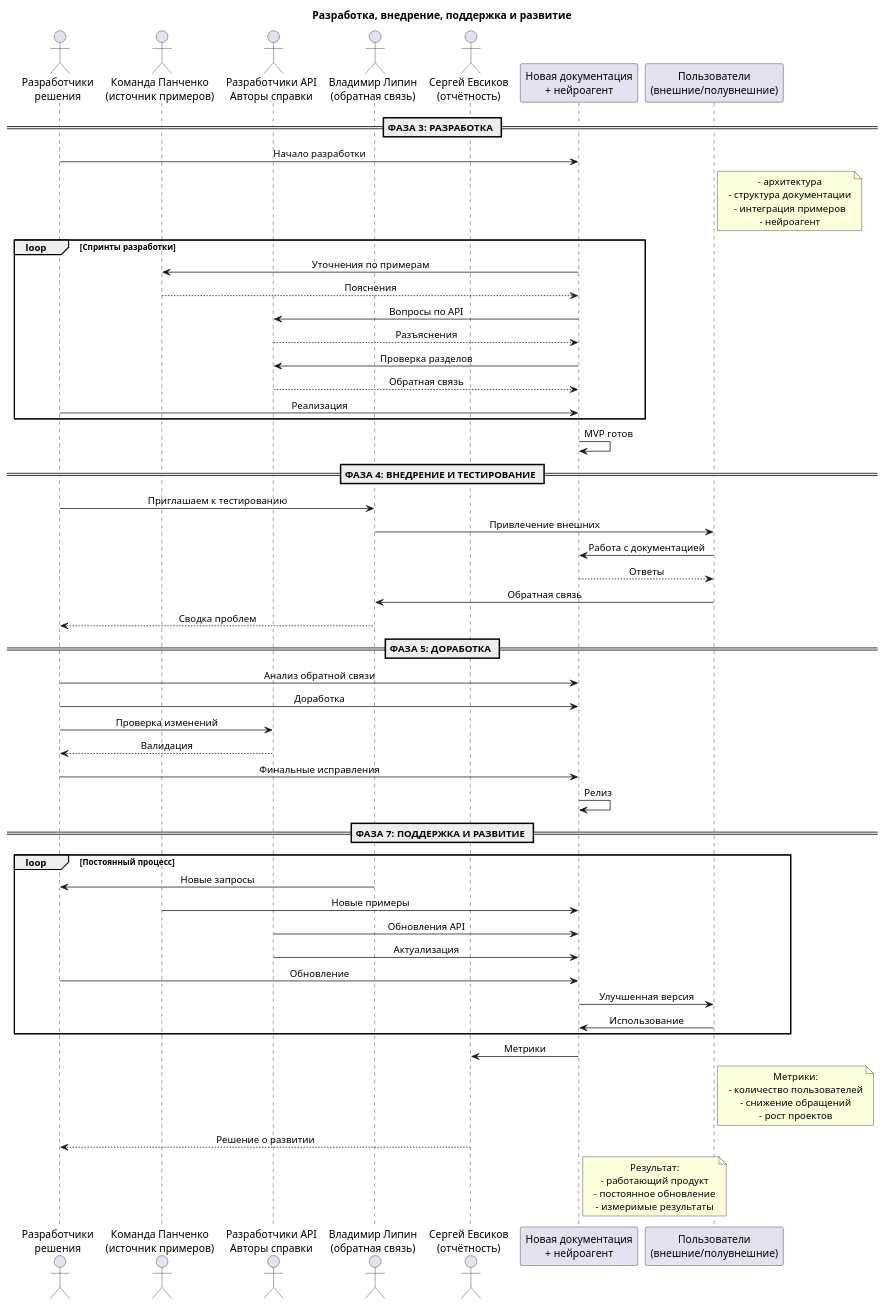
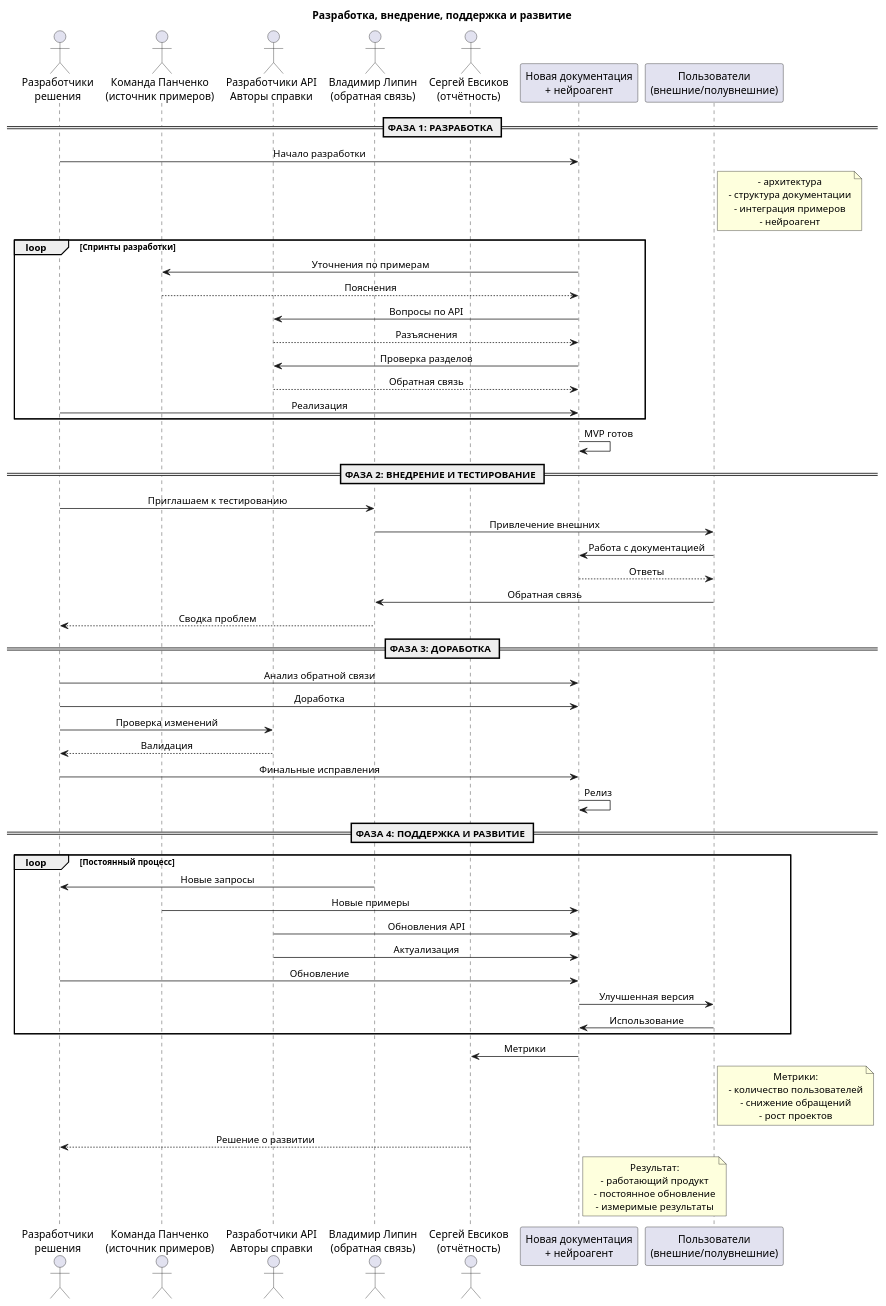
Before and after one commit to AntonPetunin/KompasSDKReference: the diagram in diagrams/sequence/develop_deploy_support.wsd, drawn with PlantUML. The commit also changed 1 other file, not shown here.

Commit message:
Правка фаз диаграммы последовательностей

```diff
--- a/diagrams/sequence/develop_deploy_support.wsd
+++ b/diagrams/sequence/develop_deploy_support.wsd
@@ -1,98 +1,98 @@
 @startuml seq_dev_deploy_support
 title Разработка, внедрение, поддержка и развитие
 
 ' Увеличиваем расстояния
 skinparam componentPadding 80
 skinparam componentMargin 40
 skinparam linetype ortho
 skinparam defaultTextAlignment center
 
 actor "Разработчики\nрешения" as Team
 actor "Команда Панченко\n(источник примеров)" as Panchenko
 actor "Разработчики API\nАвторы справки" as APIDev
 actor "Авторы справки\n(валидация)" as APIDev
 actor "Владимир Липин\n(обратная связь)" as Lipin
 actor "Сергей Евсиков\n(отчётность)" as Evsikov
 participant "Новая документация\n+ нейроагент" as Project
 participant "Пользователи\n(внешние/полувнешние)" as Users
 
-== ФАЗА 3: РАЗРАБОТКА ==
+== ФАЗА 1: РАЗРАБОТКА ==
 
 Team -> Project: Начало разработки
 
 note right of Users
 - архитектура
 - структура документации
 - интеграция примеров
 - нейроагент
 end note
 
 loop Спринты разработки
   Project -> Panchenko: Уточнения по примерам
   Panchenko --> Project: Пояснения
   
   Project -> APIDev: Вопросы по API
   APIDev --> Project: Разъяснения
   
   Project -> APIDev: Проверка разделов
   APIDev --> Project: Обратная связь
   
   Team -> Project: Реализация
 end
 
 Project -> Project: MVP готов
 
-== ФАЗА 4: ВНЕДРЕНИЕ И ТЕСТИРОВАНИЕ ==
+== ФАЗА 2: ВНЕДРЕНИЕ И ТЕСТИРОВАНИЕ ==
 
 Team -> Lipin: Приглашаем к тестированию
 Lipin -> Users: Привлечение внешних
 
 Users -> Project: Работа с документацией
 Project --> Users: Ответы
 
 Users -> Lipin: Обратная связь
 Lipin --> Team: Сводка проблем
 
-== ФАЗА 5: ДОРАБОТКА ==
+== ФАЗА 3: ДОРАБОТКА ==
 
 Team -> Project: Анализ обратной связи
 Team -> Project: Доработка
 Team -> APIDev: Проверка изменений
 APIDev --> Team: Валидация
 Team -> Project: Финальные исправления
 
 Project -> Project: Релиз
 
-== ФАЗА 7: ПОДДЕРЖКА И РАЗВИТИЕ ==
+== ФАЗА 4: ПОДДЕРЖКА И РАЗВИТИЕ ==
 
 loop Постоянный процесс
   Lipin -> Team: Новые запросы
   Panchenko -> Project: Новые примеры
   APIDev -> Project: Обновления API
   APIDev -> Project: Актуализация
   
   Team -> Project: Обновление
   
   Project -> Users: Улучшенная версия
   Users -> Project: Использование
 end
 
 Project -> Evsikov: Метрики
 
 note right of Users
 Метрики:
 - количество пользователей
 - снижение обращений
 - рост проектов
 end note
 
 Evsikov --> Team: Решение о развитии
 
 note right of Project
   Результат:
   - работающий продукт
   - постоянное обновление
   - измеримые результаты
 end note
 
 @enduml
```
